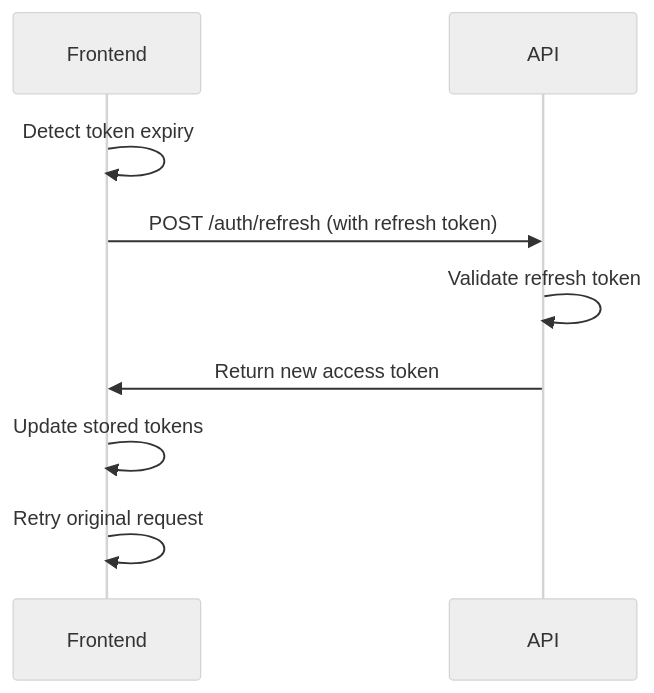
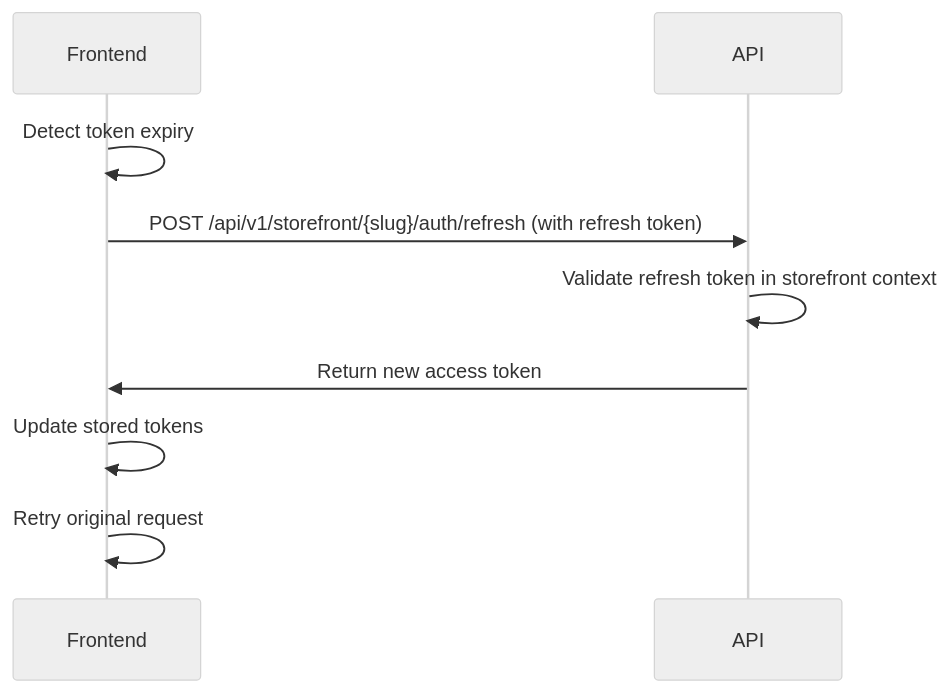
One commit to kirimku/smartseller-storefront changed the third of 3 diagrams in docs/FRONTEND_CUSTOMER_AUTH_IMPLEMENTATION_GUIDE.md. Above: the diagram before and after it, drawn with Mermaid (neutral theme). The commit also changed other lines of this file and 25 other files, not shown here.

````diff
--- a/docs/FRONTEND_CUSTOMER_AUTH_IMPLEMENTATION_GUIDE.md
+++ b/docs/FRONTEND_CUSTOMER_AUTH_IMPLEMENTATION_GUIDE.md
@@ -111,12 +112,12 @@
 ```mermaid
 sequenceDiagram
     participant F as Frontend
     participant A as API
 
     F->>F: Detect token expiry
-    F->>A: POST /auth/refresh (with refresh token)
-    A->>A: Validate refresh token
+    F->>A: POST /api/v1/storefront/{slug}/auth/refresh (with refresh token)
+    A->>A: Validate refresh token in storefront context
     A->>F: Return new access token
     F->>F: Update stored tokens
     F->>F: Retry original request
 ```
````
